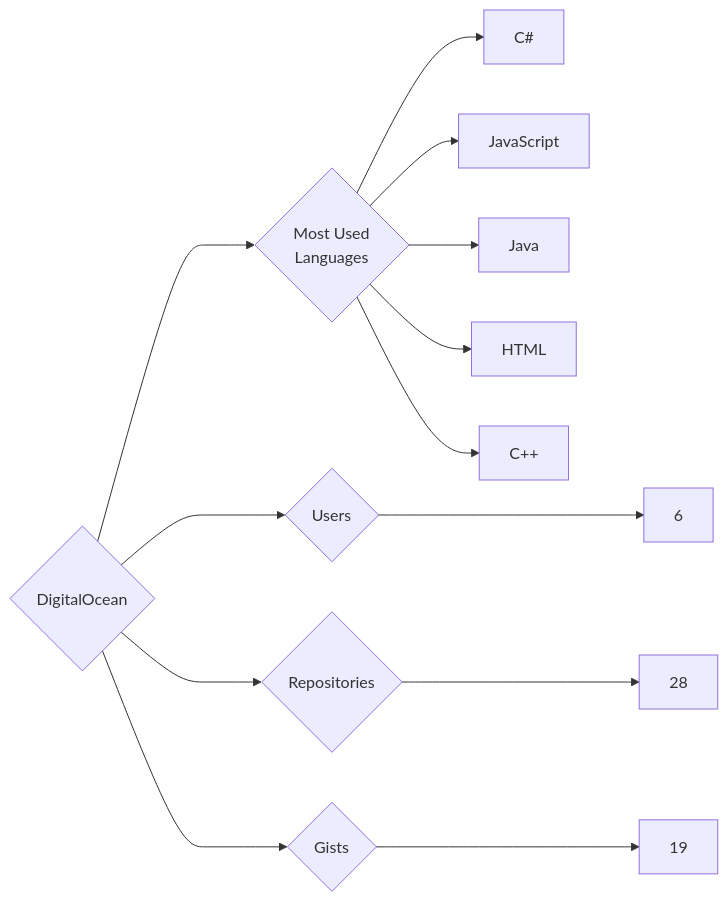
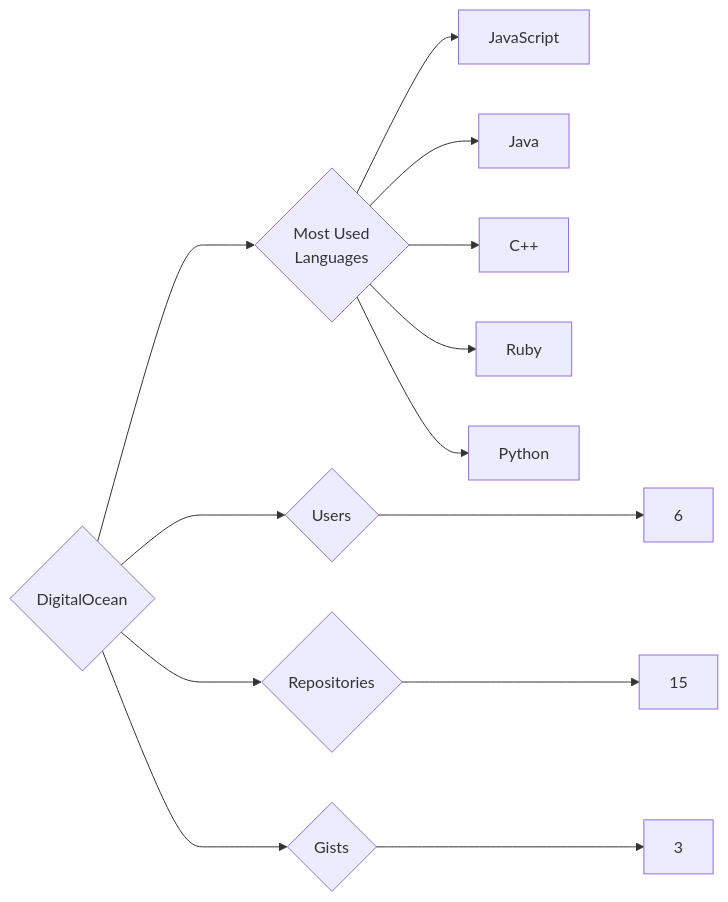
The diagram in targets/DigitalOcean/README.md (trickest/insiders), drawn with Mermaid before and after one commit. The commit also changed 1055 other files, not shown here.

````diff
--- a/targets/DigitalOcean/README.md
+++ b/targets/DigitalOcean/README.md
@@ -3,13 +3,13 @@
 ```mermaid
 graph LR
 COMPANY_NAME{DigitalOcean}
 COMPANY_NAME ---> U{Users} ---> UN[6]
-COMPANY_NAME ---> R{Repositories} ---> RN[28]
-COMPANY_NAME ---> G{Gists} ---> GN[19]
+COMPANY_NAME ---> R{Repositories} ---> RN[15]
+COMPANY_NAME ---> G{Gists} ---> GN[3]
 COMPANY_NAME ---> ML{Most Used<br>Languages}
-ML --> C#[C#]
 ML --> JavaScript[JavaScript]
 ML --> Java[Java]
-ML --> HTML[HTML]
 ML --> C++[C++]
+ML --> Ruby[Ruby]
+ML --> Python[Python]
 ```
````
